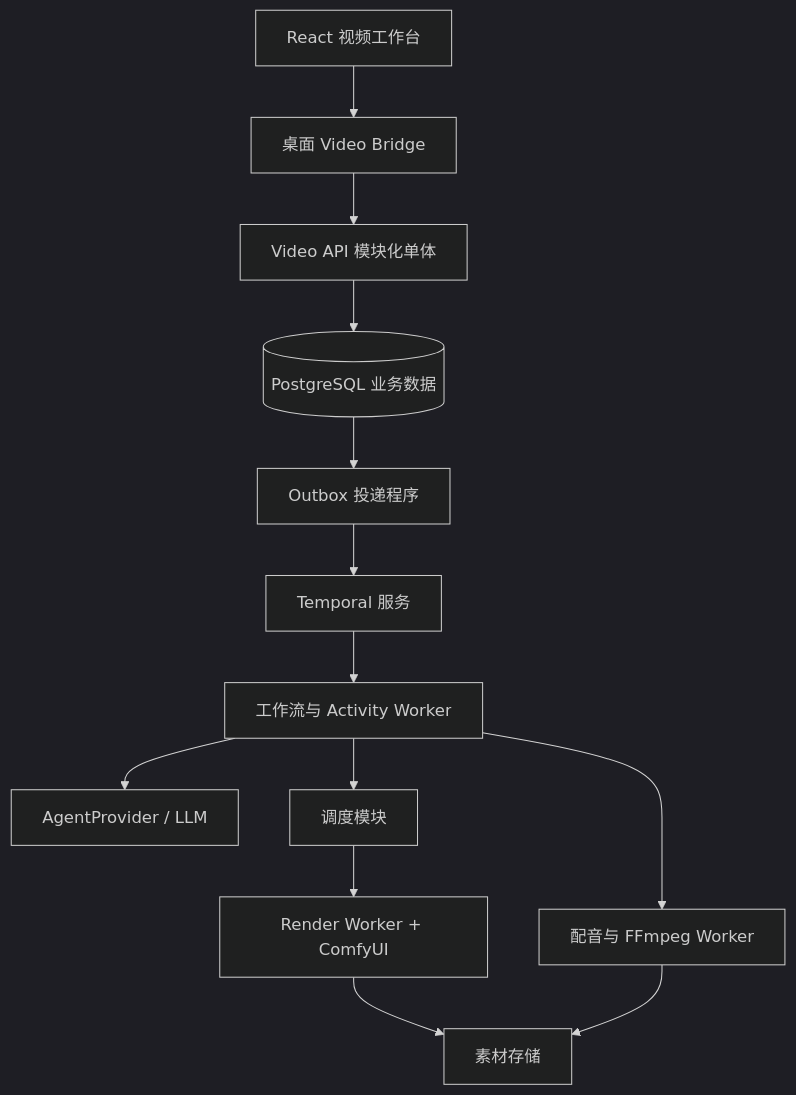
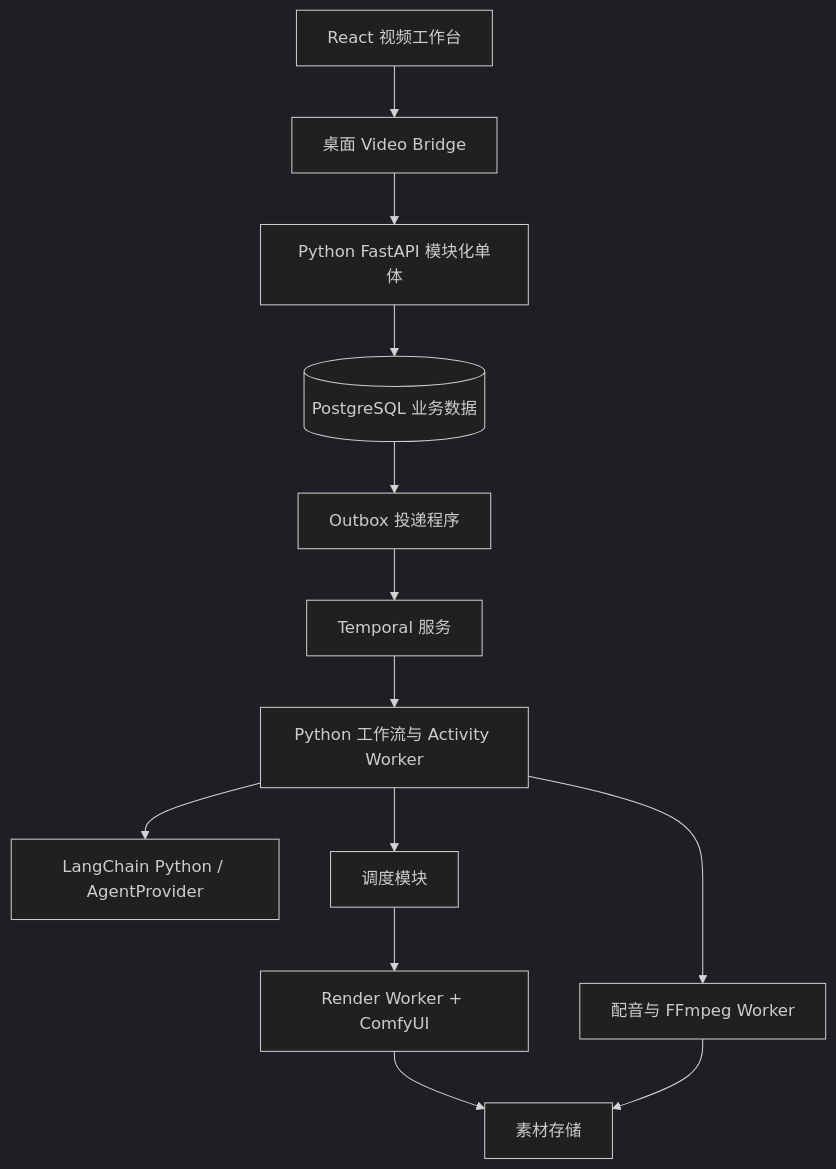
The diagram in 视频生产开发文档/01-工程底座进程边界与DSH集成.md (c-kun-m/video_generation), drawn with Mermaid (dark theme) before and after one commit. The commit also changed other lines of this file and 11 other files, not shown here.

Commit message:
docs: adopt Python backend and LangChain Python architecture

````diff
--- a/视频生产开发文档/01-工程底座进程边界与DSH集成.md
+++ b/视频生产开发文档/01-工程底座进程边界与DSH集成.md
@@ -23,15 +23,15 @@
 ```mermaid
 flowchart TD
     UI[React 视频工作台] --> Bridge[桌面 Video Bridge]
-    Bridge --> API[Video API 模块化单体]
+    Bridge --> API[Python FastAPI 模块化单体]
     API --> DB[(PostgreSQL 业务数据)]
     DB --> Outbox[Outbox 投递程序]
     Outbox --> Temporal[Temporal 服务]
-    Temporal --> TW[工作流与 Activity Worker]
-    TW --> Agent[AgentProvider / LLM]
+    Temporal --> TW[Python 工作流与 Activity Worker]
+    TW --> Agent[LangChain Python / AgentProvider]
     TW --> Scheduler[调度模块]
     Scheduler --> Render[Render Worker + ComfyUI]
     TW --> Media[配音与 FFmpeg Worker]
     Render --> Assets[素材存储]
     Media --> Assets
 ```
````
